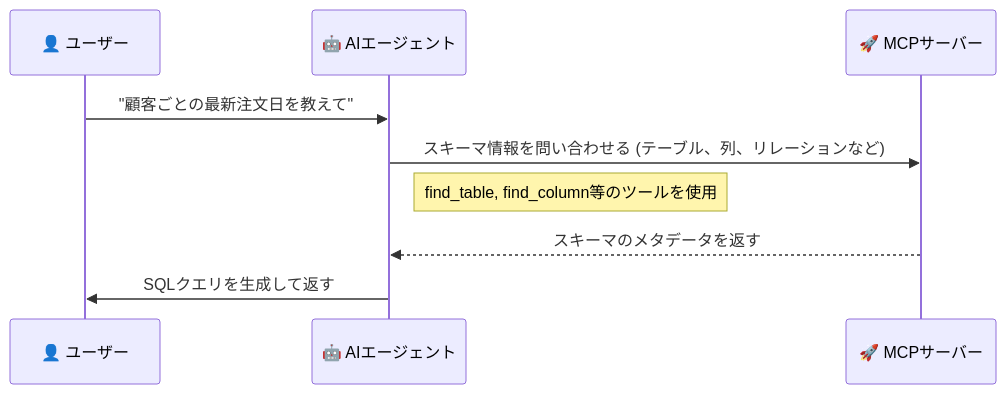
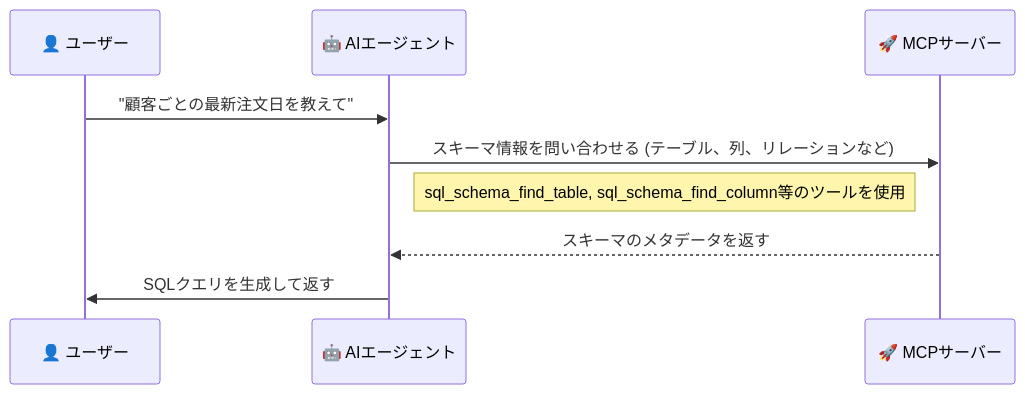
One commit to yt3trees/SqlSchemaBridgeMCP changed the second of 2 diagrams in README.ja.md. Above: the diagram before and after it, drawn with Mermaid. The commit also changed other lines of this file and 6 other files, not shown here.

Commit message:
feat: Add sql_schema_ prefix to all tool names for uniqueness

````diff
--- a/README.ja.md
+++ b/README.ja.md
@@ -38,15 +38,15 @@
 ```mermaid
 sequenceDiagram
     participant User as 👤 ユーザー
     participant Agent as 🤖 AIエージェント
     participant MCPServer as 🚀 MCPサーバー
 
     User->>Agent: "顧客ごとの最新注文日を教えて"
 
     Agent->>MCPServer: スキーマ情報を問い合わせる (テーブル、列、リレーションなど)
-    note right of Agent: find_table, find_column等のツールを使用
+    note right of Agent: sql_schema_find_table, sql_schema_find_column等のツールを使用
 
     MCPServer-->>Agent: スキーマのメタデータを返す
 
     Agent->>User: SQLクエリを生成して返す
 ```
````
